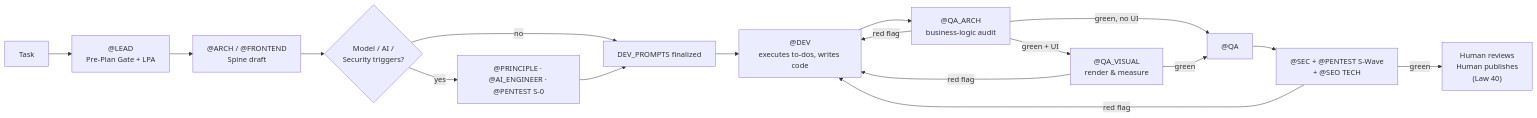
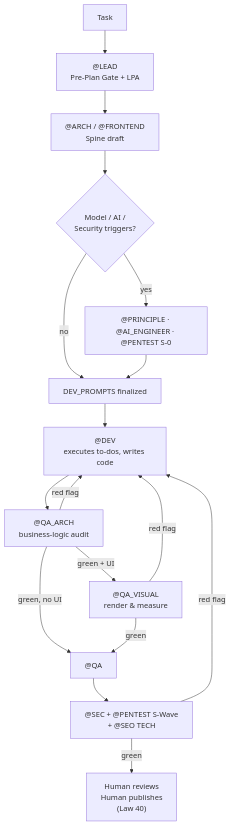
Before and after one commit to alex-zaporozhan/leo: the diagram in README.md, drawn with Mermaid. The commit also changed 1 other file, not shown here.

Commit message:
Fix Mermaid diagram readability: chain flowcharts vertical, star topology horizontal

````diff
--- a/README.md
+++ b/README.md
@@ -111,19 +111,19 @@
 ```mermaid
-flowchart LR
+flowchart TD
     A["Task"] --> B["@LEAD\nPre-Plan Gate + LPA"]
     B --> C["@ARCH / @FRONTEND\nSpine draft"]
     C --> D{"Model / AI /\nSecurity triggers?"}
     D -->|"yes"| E["@PRINCIPLE · @AI_ENGINEER · @PENTEST S-0"]
     D -->|"no"| F["DEV_PROMPTS finalized"]
     E --> F
     F --> G["@DEV\nexecutes to-dos, writes code"]
     G --> H["@QA_ARCH\nbusiness-logic audit"]
     H -->|"red flag"| G
     H -->|"green + UI"| I["@QA_VISUAL\nrender & measure"]
     I -->|"red flag"| G
     H -->|"green, no UI"| J["@QA"]
     I -->|"green"| J
     J --> K["@SEC + @PENTEST S-Wave\n+ @SEO TECH"]
     K -->|"red flag"| G
     K -->|"green"| L["Human reviews\nHuman publishes\n(Law 40)"]
 ```
````
